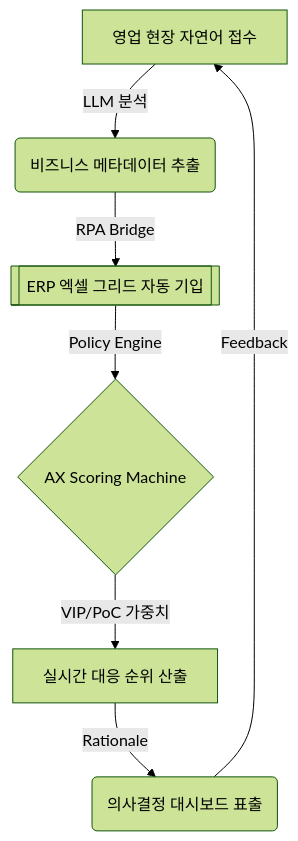
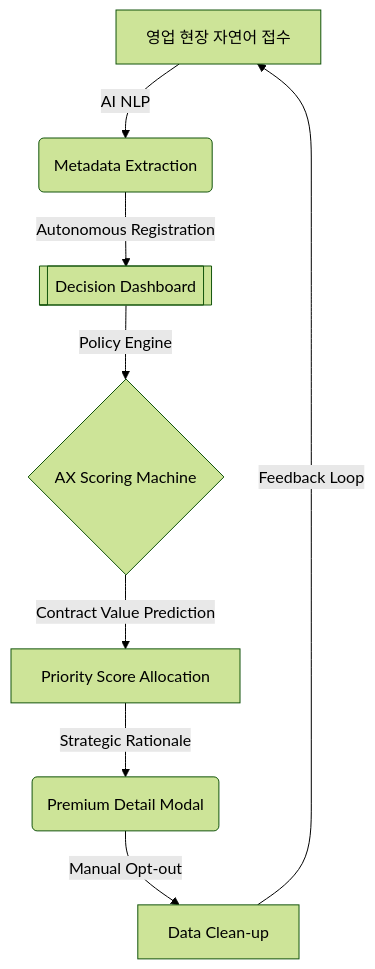
Before and after one commit to glory903-devsecops/ax-policy-aware-ops: the diagram in README.md, drawn with Mermaid (forest theme). The commit also changed other lines of this file and 1 other file, not shown here.

````diff
--- a/README.md
+++ b/README.md
@@ -51,9 +51,10 @@
 ```mermaid
 graph TD
-    A[영업 현장 자연어 접수] -->|LLM 분석| B(비즈니스 메타데이터 추출)
-    B -->|RPA Bridge| C[[ERP 엑셀 그리드 자동 기입]]
+    A[영업 현장 자연어 접수] -->|AI NLP| B(Metadata Extraction)
+    B -->|Autonomous Registration| C[[Decision Dashboard]]
     C -->|Policy Engine| D{AX Scoring Machine}
-    D -->|VIP/PoC 가중치| E[실시간 대응 순위 산출]
-    E -->|Rationale| F(의사결정 대시보드 표출)
-    F -->|Feedback| A
+    D -->|Contract Value Prediction| E[Priority Score Allocation]
+    E -->|Strategic Rationale| F(Premium Detail Modal)
+    F -->|Manual Opt-out| G[Data Clean-up]
+    G -->|Feedback Loop| A
 ```
````
